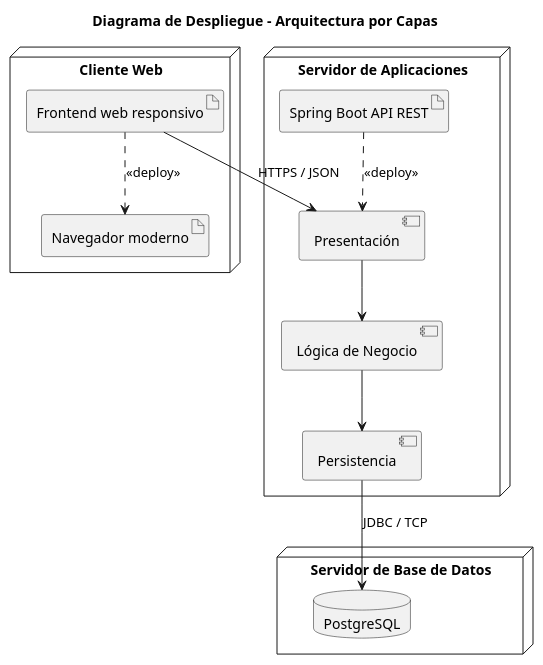
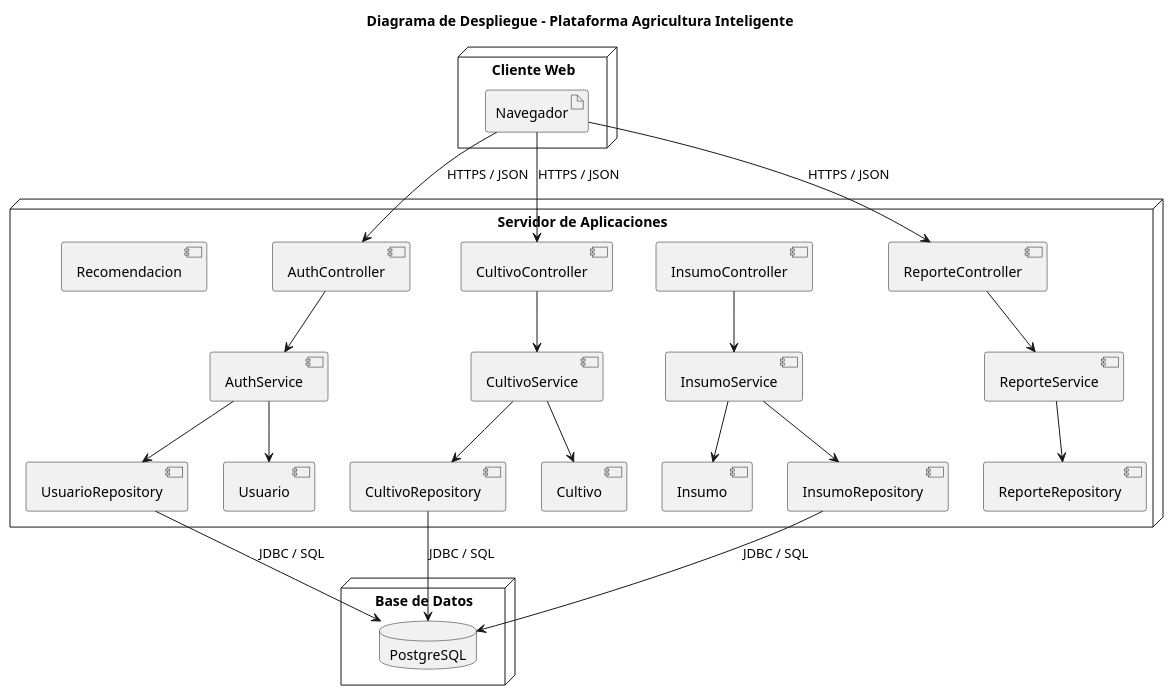
The diagram in 03-Diagramas/05-diagrama-despliegue.puml (Moshii-Xz/arquitectura-de-software), drawn with PlantUML before and after one commit. The commit also changed 17 other files, not shown here.

```diff
--- a/03-Diagramas/05-diagrama-despliegue.puml
+++ b/03-Diagramas/05-diagrama-despliegue.puml
@@ -1,33 +1,84 @@
-@startuml diagrama de desplgieue
-title Diagrama de Despliegue - Arquitectura por Capas
+@startuml
+title Diagrama de Despliegue - Plataforma Agricultura Inteligente
 
+' =========================
+' CLIENTE
+' =========================
 node "Cliente Web" {
-  artifact "Navegador moderno" as browser
-  artifact "Frontend web responsivo" as webapp
+  artifact "Navegador" as navegador
 }
 
+' =========================
+' SERVIDOR (BACKEND MONOLÍTICO POR CAPAS)
+' =========================
 node "Servidor de Aplicaciones" {
-  artifact "Spring Boot API REST" as api
-  [Presentación] as presentacion
-  [Lógica de Negocio] as negocio
-  [Persistencia] as persistencia
+
+  ' Capa Presentación
+  [AuthController]
+  [CultivoController]
+  [InsumoController]
+  [ReporteController]
+
+  ' Capa Aplicación / Servicios
+  [AuthService]
+  [CultivoService]
+  [InsumoService]
+  [ReporteService]
+
+  ' Capa Dominio
+  [Usuario]
+  [Cultivo]
+  [Insumo]
+  [Recomendacion]
+
+  ' Capa Persistencia
+  [UsuarioRepository]
+  [CultivoRepository]
+  [InsumoRepository]
+  [ReporteRepository]
 }
 
-node "Servidor de Base de Datos" {
-  database "PostgreSQL" as postgres
+' =========================
+' BASE DE DATOS
+' =========================
+node "Base de Datos" {
+  database "PostgreSQL" as db
 }
 
+' =========================
+' SERVICIO EXTERNO (IMPORTANTE)
+' =========================
 
 
-' Conexiones
-webapp --> presentacion : HTTPS / JSON
-presentacion --> negocio
-negocio --> persistencia
-persistencia --> postgres : JDBC / TCP
+' =========================
+' CONEXIONES CLIENTE → BACKEND
+' =========================
+navegador --> [AuthController] : HTTPS / JSON
+navegador --> [CultivoController] : HTTPS / JSON
+navegador --> [ReporteController] : HTTPS / JSON
 
+' =========================
+' FLUJO INTERNO (CAPAS)
+' =========================
+[AuthController] --> [AuthService]
+[CultivoController] --> [CultivoService]
+[InsumoController] --> [InsumoService]
+[ReporteController] --> [ReporteService]
 
-' Despliegue
-webapp ..> browser : <<deploy>>
-api ..> presentacion : <<deploy>>
+[AuthService] --> [Usuario]
+[CultivoService] --> [Cultivo]
+[InsumoService] --> [Insumo]
+
+[AuthService] --> [UsuarioRepository]
+[CultivoService] --> [CultivoRepository]
+[InsumoService] --> [InsumoRepository]
+[ReporteService] --> [ReporteRepository]
+
+' =========================
+' BASE DE DATOS
+' =========================
+[UsuarioRepository] --> db : JDBC / SQL
+[CultivoRepository] --> db : JDBC / SQL
+[InsumoRepository] --> db : JDBC / SQL
 
 @enduml
```
